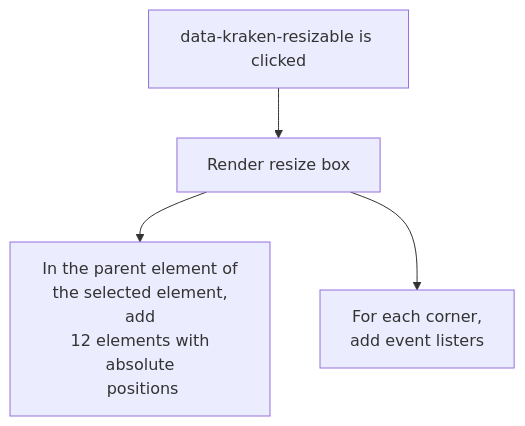
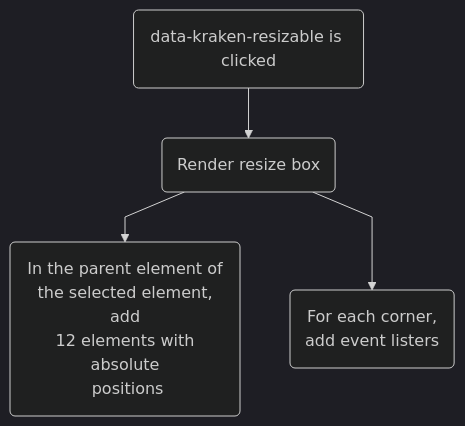
Before and after one commit to tomgxz/Kraken: the fourth of 14 diagrams in README.md, drawn with Mermaid. The commit also changed other lines of this file, not shown here.

Commit message:
Mermaid Formatting

````diff
--- a/README.md
+++ b/README.md
@@ -453,6 +455,6 @@
 ```mermaid
+%%{init: {'theme':'dark', 'flowchart': {'curve': 'linear'},'themeVariables':{'fontFamily':'Lexend,Noto Sans,Helvetica,Arial'}}}%%
+
 graph TD
-  A[data-kraken-resizable is clicked] --> B[Render resize box]
-  B --> a["In the parent element of\n the selected element, add\n 12 elements with absolute\n positions"]
-  B --> C["For each corner,\n add event listers"]
+  A(data-kraken-resizable is clicked) --> B(Render resize box) --> a("In the parent element of\n the selected element, add\n 12 elements with absolute\n positions") & C("For each corner,\n add event listers")
 ```
````
